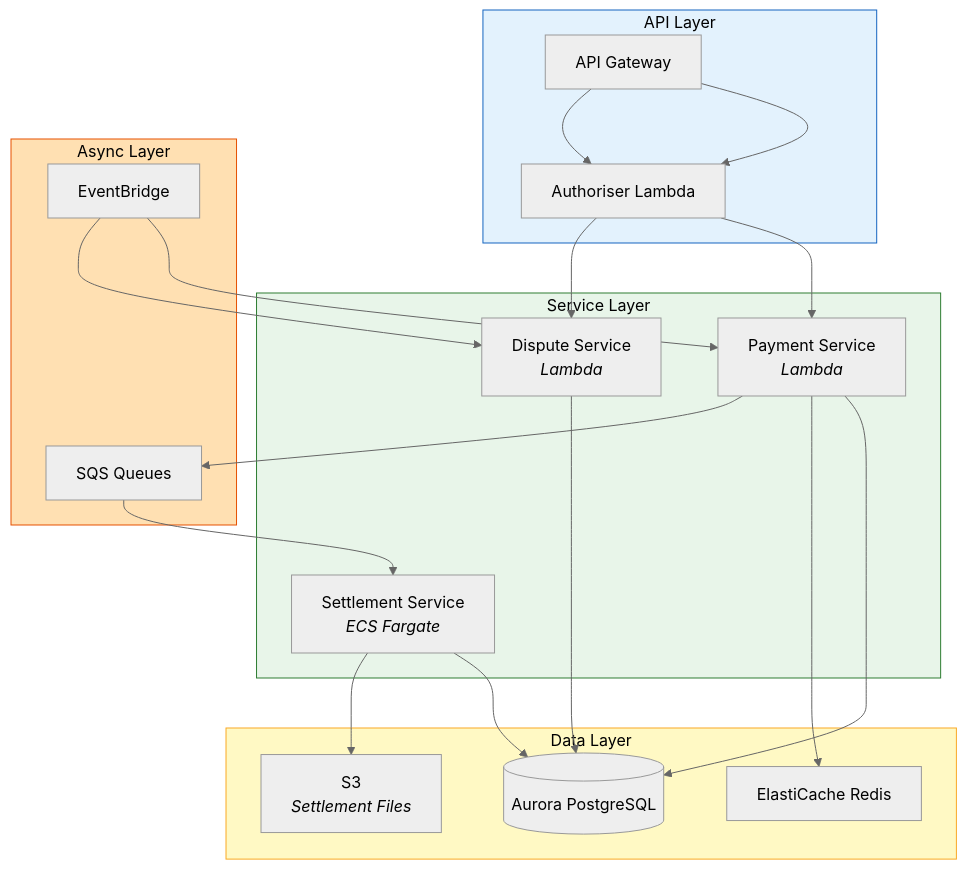
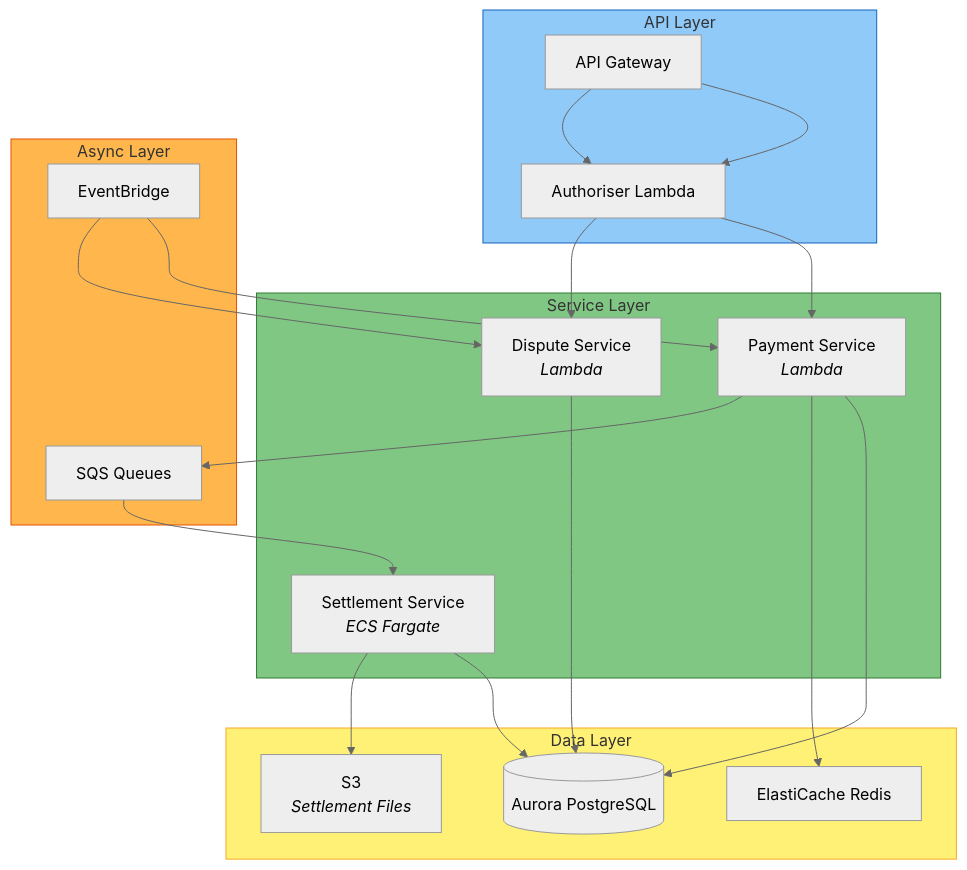
The first of 2 diagrams in docs/reverse-engineering-samples/architecture.md (premkumarjanagarajan/fluid-flow-ai), drawn with Mermaid (neutral theme) before and after one commit. The commit also changed 12 other files, not shown here.

First line of the commit message:
Update Mermaid diagram styles for dark and light theme compatibility

````diff
--- a/docs/reverse-engineering-samples/architecture.md
+++ b/docs/reverse-engineering-samples/architecture.md
@@ -10,41 +10,41 @@
 ```mermaid
 flowchart TB
     subgraph API["API Layer"]
         GW["API Gateway"]
         AUTH["Authoriser Lambda"]
     end
 
     subgraph SERVICES["Service Layer"]
         PAY["Payment Service<br/><i>Lambda</i>"]
         SETTLE["Settlement Service<br/><i>ECS Fargate</i>"]
         DISPUTE["Dispute Service<br/><i>Lambda</i>"]
     end
 
     subgraph DATA["Data Layer"]
         DB[("Aurora PostgreSQL")]
         CACHE["ElastiCache Redis"]
         S3["S3<br/><i>Settlement Files</i>"]
     end
 
     subgraph ASYNC["Async Layer"]
         SQS["SQS Queues"]
         EB["EventBridge"]
     end
 
     GW --> AUTH --> PAY
     GW --> AUTH --> DISPUTE
     PAY --> DB
     PAY --> CACHE
     PAY --> SQS
     SQS --> SETTLE
     SETTLE --> DB
     SETTLE --> S3
     DISPUTE --> DB
     EB --> PAY
     EB --> DISPUTE
 
-    style API fill:#E3F2FD,stroke:#1565C0,color:#000
-    style SERVICES fill:#E8F5E9,stroke:#2E7D32,color:#000
-    style DATA fill:#FFF9C4,stroke:#F9A825,color:#000
-    style ASYNC fill:#FFE0B2,stroke:#E65100,color:#000
+    style API fill:#90CAF9,stroke:#1565C0
+    style SERVICES fill:#81C784,stroke:#2E7D32
+    style DATA fill:#FFF176,stroke:#F9A825
+    style ASYNC fill:#FFB74D,stroke:#E65100
 ```
````
